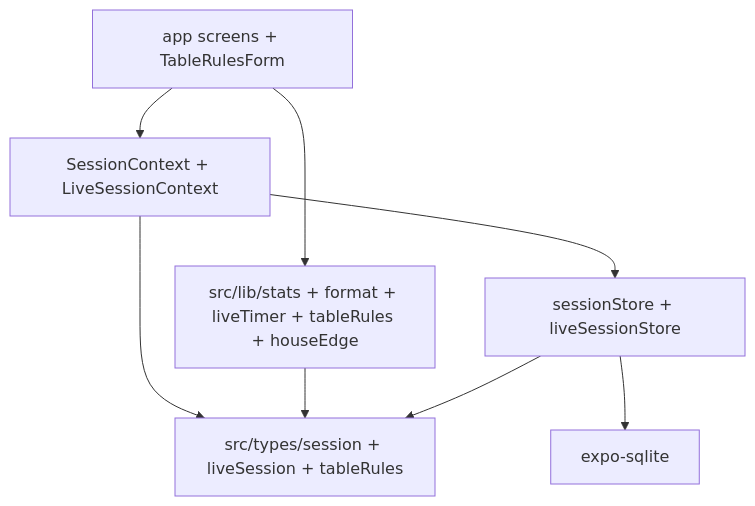
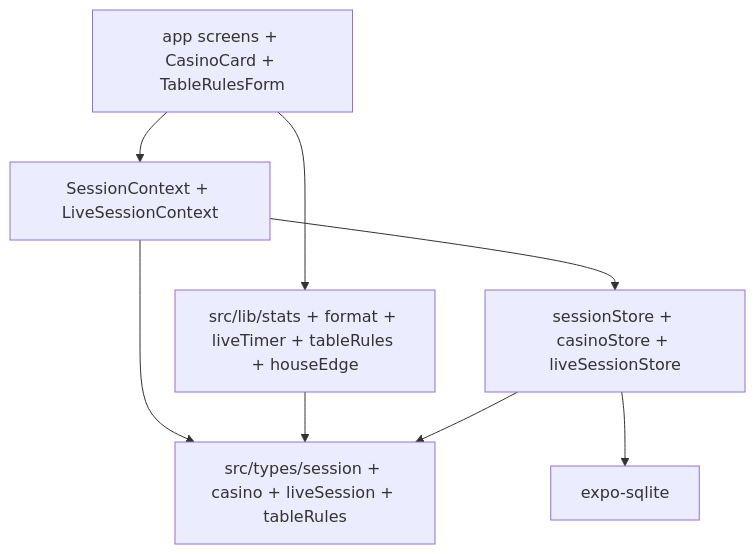
One commit to Trevor5008/StackTrack changed the eighth of 8 diagrams in docs/flow.md. Above: the diagram before and after it, drawn with Mermaid. The commit also changed other lines of this file and 27 other files, not shown here.

````diff
--- a/docs/flow.md
+++ b/docs/flow.md
@@ -142,17 +153,17 @@
 ```mermaid
 flowchart TB
-  UI["app screens + TableRulesForm"]
+  UI["app screens + CasinoCard + TableRulesForm"]
   Ctx[SessionContext + LiveSessionContext]
   Lib[src/lib/stats + format + liveTimer + tableRules + houseEdge]
-  Types[src/types/session + liveSession + tableRules]
-  Persist[sessionStore + liveSessionStore]
+  Types[src/types/session + casino + liveSession + tableRules]
+  Persist[sessionStore + casinoStore + liveSessionStore]
   Device[expo-sqlite]
 
   UI --> Ctx
   UI --> Lib
   Ctx --> Persist
   Ctx --> Types
   Lib --> Types
   Persist --> Types
   Persist --> Device
 ```
````
